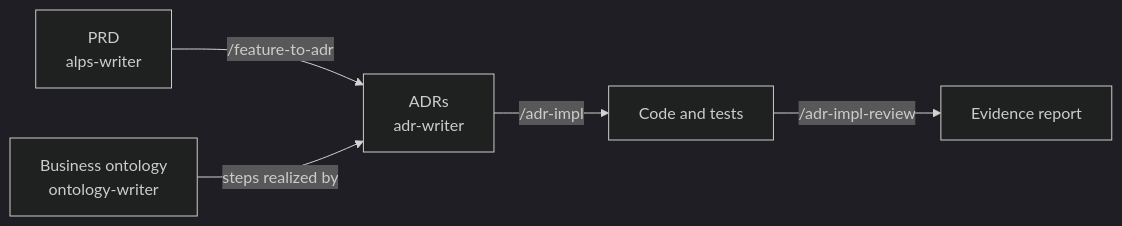
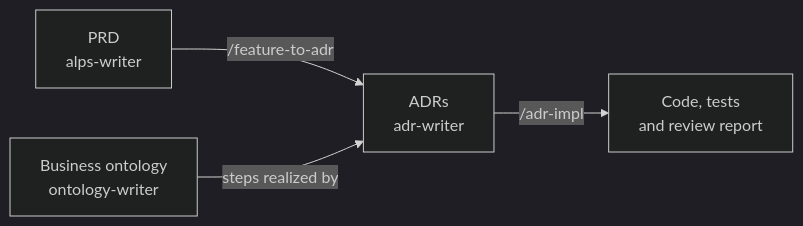
The diagram in README.md (haandol/alps-writer-plugins), drawn with Mermaid (dark theme) before and after one commit. The commit also changed other lines of this file and 1 other file, not shown here.

Commit message:
docs: stack README screenshots full width and narrow the plugin diagram

````diff
--- a/README.md
+++ b/README.md
@@ -22,7 +22,6 @@
 ```mermaid
 flowchart LR
     PRD["PRD<br/>alps-writer"] -->|/feature-to-adr| ADR["ADRs<br/>adr-writer"]
     Model["Business ontology<br/>ontology-writer"] -->|steps realized by| ADR
-    ADR -->|/adr-impl| Code["Code and tests"]
-    Code -->|/adr-impl-review| Report["Evidence report"]
+    ADR -->|/adr-impl| Code["Code, tests<br/>and review report"]
 ```
````
